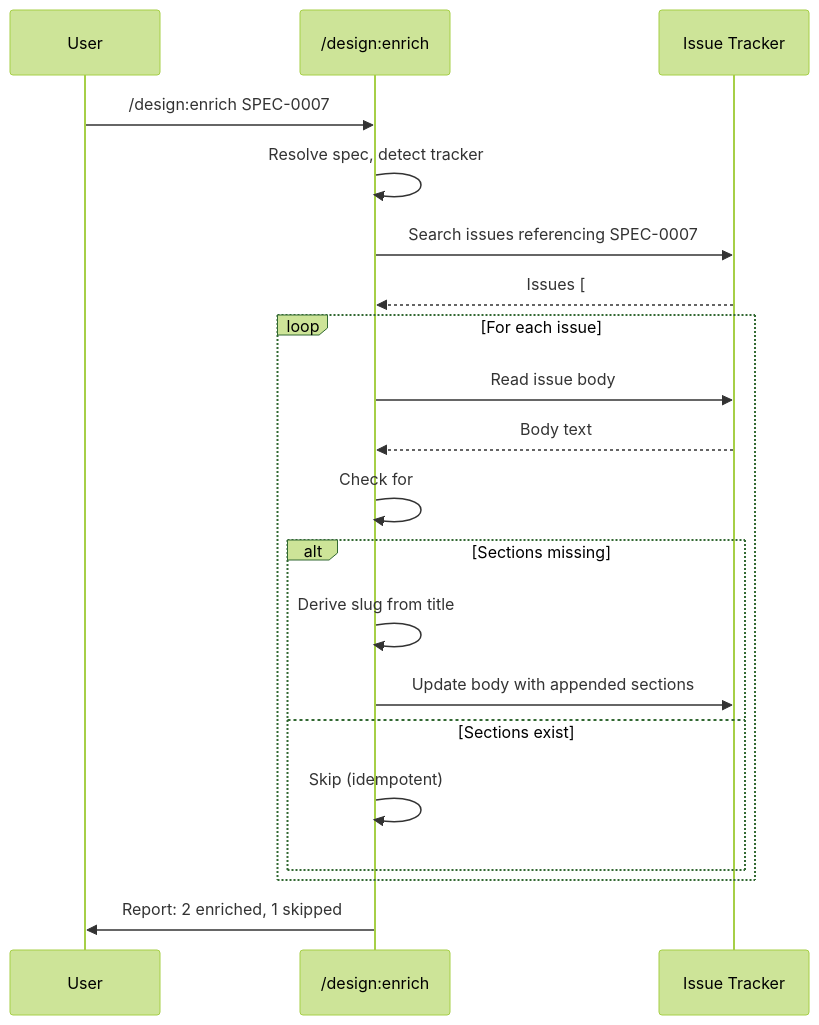
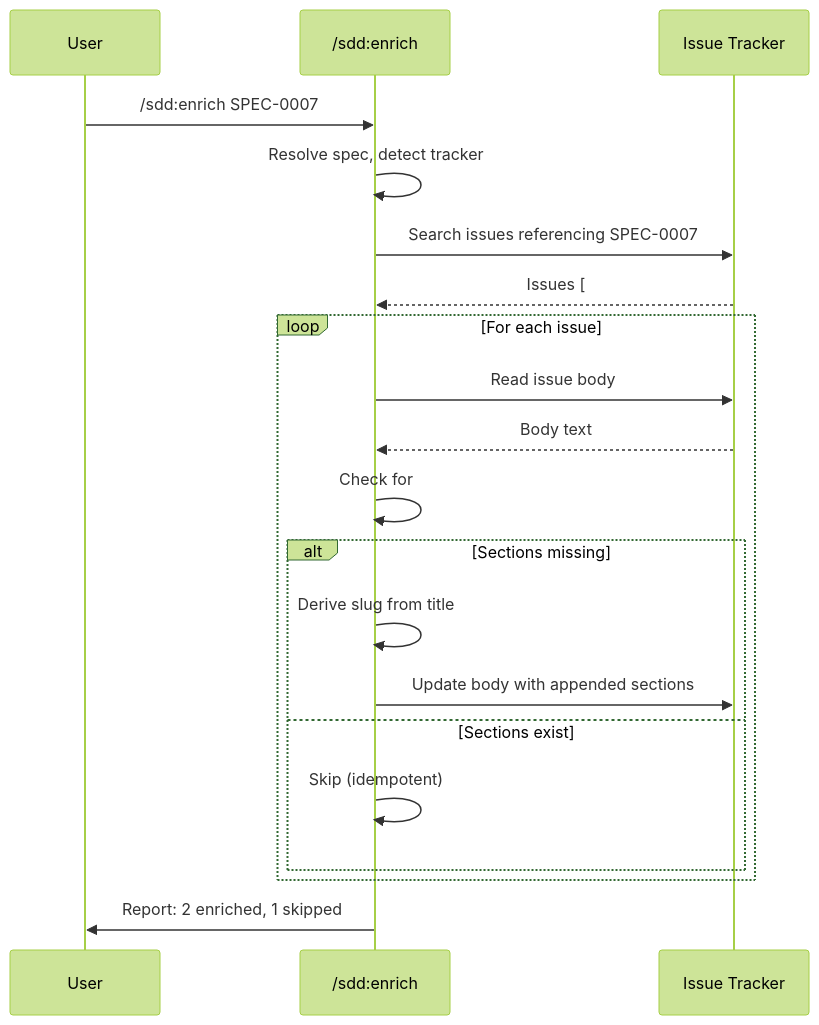
The fourth of 4 diagrams in docs/openspec/specs/retroactive-issue-management/design.md (joestump/claude-plugin-design), drawn with Mermaid (forest theme) before and after one commit. The commit also changed other lines of this file and 106 other files, not shown here.

First line of the commit message:
Rename plugin: design → sdd (Spec-Driven Development) (#75)

````diff
--- a/docs/openspec/specs/retroactive-issue-management/design.md
+++ b/docs/openspec/specs/retroactive-issue-management/design.md
@@ -144,23 +144,23 @@
 ```mermaid
 sequenceDiagram
     participant User
-    participant Enrich as /design:enrich
+    participant Enrich as /sdd:enrich
     participant Tracker as Issue Tracker
 
-    User->>Enrich: /design:enrich SPEC-0007
+    User->>Enrich: /sdd:enrich SPEC-0007
     Enrich->>Enrich: Resolve spec, detect tracker
     Enrich->>Tracker: Search issues referencing SPEC-0007
     Tracker-->>Enrich: Issues [#41, #42, #43]
     loop For each issue
         Enrich->>Tracker: Read issue body
         Tracker-->>Enrich: Body text
         Enrich->>Enrich: Check for ### Branch and ### PR Convention
         alt Sections missing
             Enrich->>Enrich: Derive slug from title
             Enrich->>Tracker: Update body with appended sections
         else Sections exist
             Enrich->>Enrich: Skip (idempotent)
         end
     end
     Enrich->>User: Report: 2 enriched, 1 skipped
 ```
````
